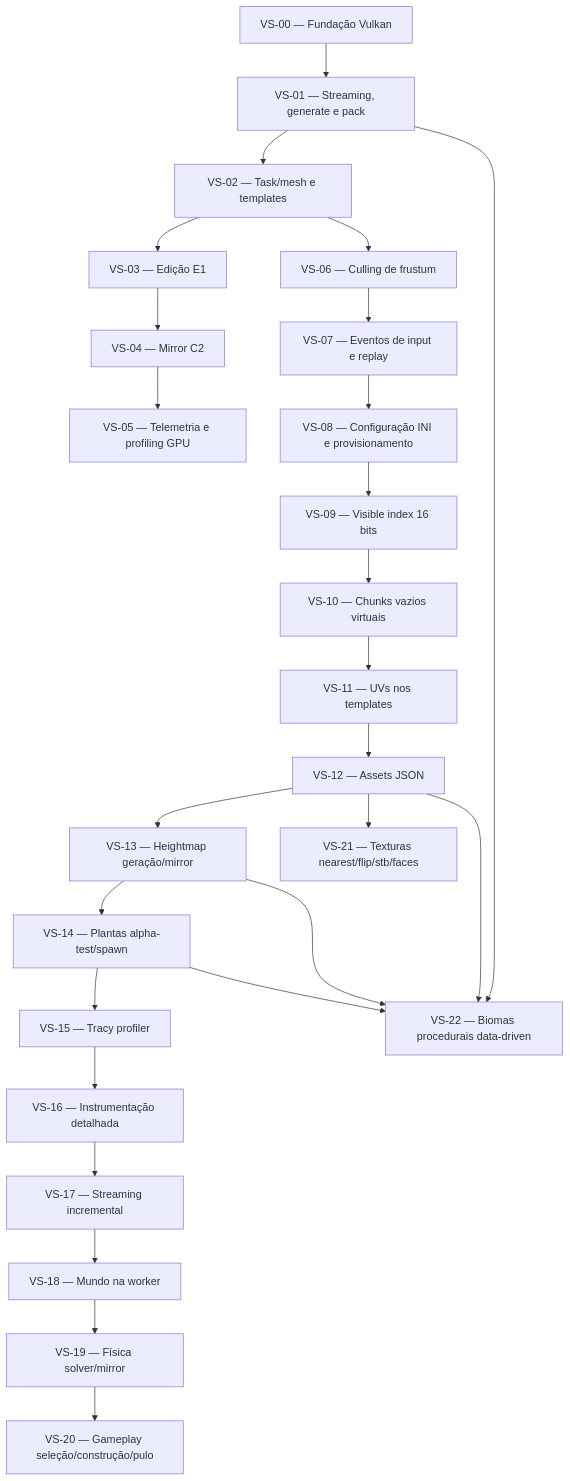
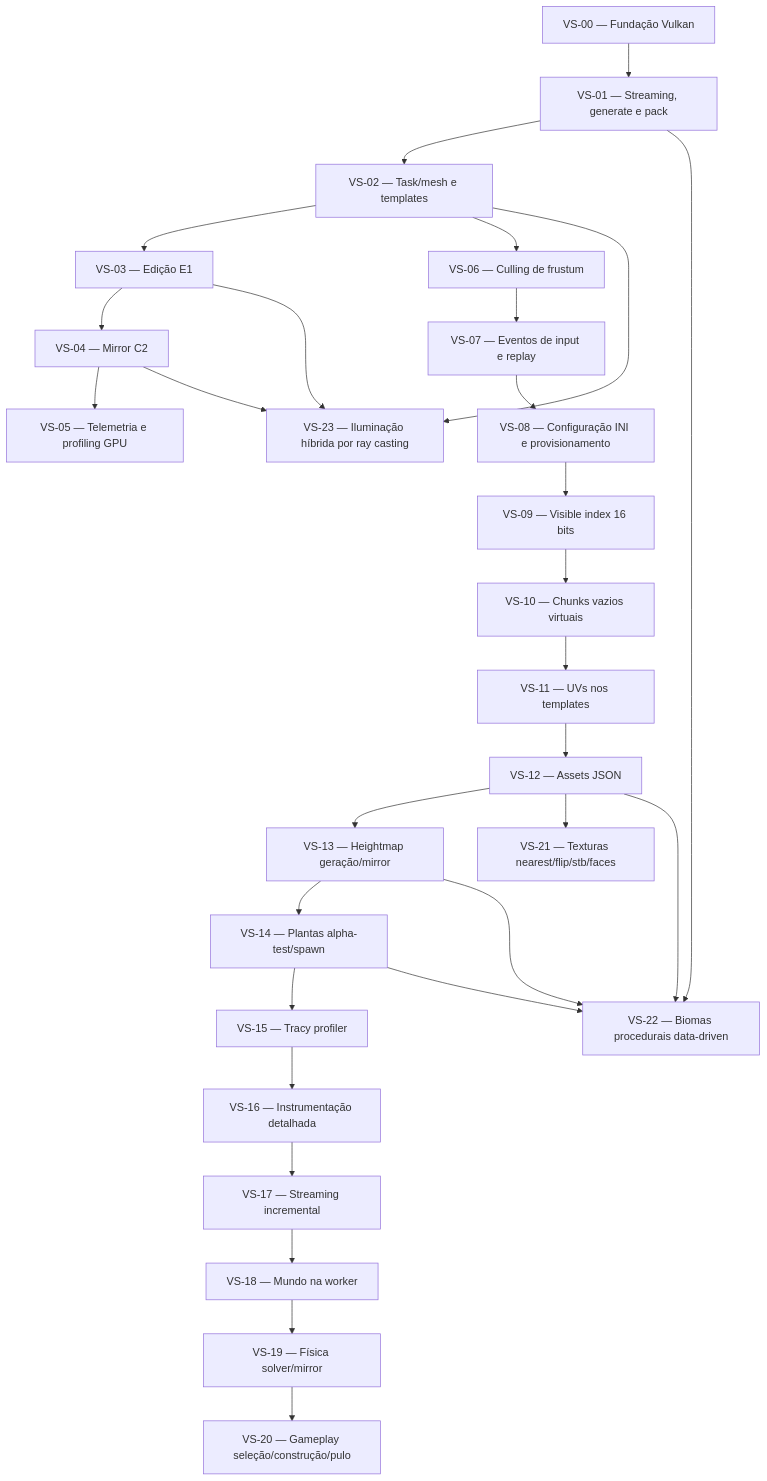
The diagram in docs/obsidian/tracking/dependencias.md (Ruannilton/vox), drawn with Mermaid before and after one commit. The commit also changed other lines of this file and 48 other files, not shown here.

````diff
--- a/docs/obsidian/tracking/dependencias.md
+++ b/docs/obsidian/tracking/dependencias.md
@@ -7,52 +7,56 @@
 ```mermaid
 graph TD
     VS00[VS-00 — Fundação Vulkan]
     VS01[VS-01 — Streaming, generate e pack]
     VS02[VS-02 — Task/mesh e templates]
     VS03[VS-03 — Edição E1]
     VS04[VS-04 — Mirror C2]
     VS05[VS-05 — Telemetria e profiling GPU]
     VS06[VS-06 — Culling de frustum]
     VS07[VS-07 — Eventos de input e replay]
     VS08[VS-08 — Configuração INI e provisionamento]
     VS09[VS-09 — Visible index 16 bits]
     VS10[VS-10 — Chunks vazios virtuais]
     VS11[VS-11 — UVs nos templates]
     VS12[VS-12 — Assets JSON]
     VS13[VS-13 — Heightmap geração/mirror]
     VS14[VS-14 — Plantas alpha-test/spawn]
     VS15[VS-15 — Tracy profiler]
     VS16[VS-16 — Instrumentação detalhada]
     VS17[VS-17 — Streaming incremental]
     VS18[VS-18 — Mundo na worker]
     VS19[VS-19 — Física solver/mirror]
     VS20[VS-20 — Gameplay seleção/construção/pulo]
     VS21[VS-21 — Texturas nearest/flip/stb/faces]
     VS22[VS-22 — Biomas procedurais data-driven]
+    VS23[VS-23 — Iluminação híbrida por ray casting]
 
     VS00 --> VS01
     VS01 --> VS02
     VS02 --> VS03
     VS03 --> VS04
     VS04 --> VS05
     VS02 --> VS06
     VS06 --> VS07
     VS07 --> VS08
     VS08 --> VS09
     VS09 --> VS10
     VS10 --> VS11
     VS11 --> VS12
     VS12 --> VS13
     VS13 --> VS14
     VS14 --> VS15
     VS15 --> VS16
     VS16 --> VS17
     VS17 --> VS18
     VS18 --> VS19
     VS19 --> VS20
     VS12 --> VS21
     VS01 --> VS22
     VS12 --> VS22
     VS13 --> VS22
     VS14 --> VS22
+    VS02 --> VS23
+    VS03 --> VS23
+    VS04 --> VS23
 ```
````
